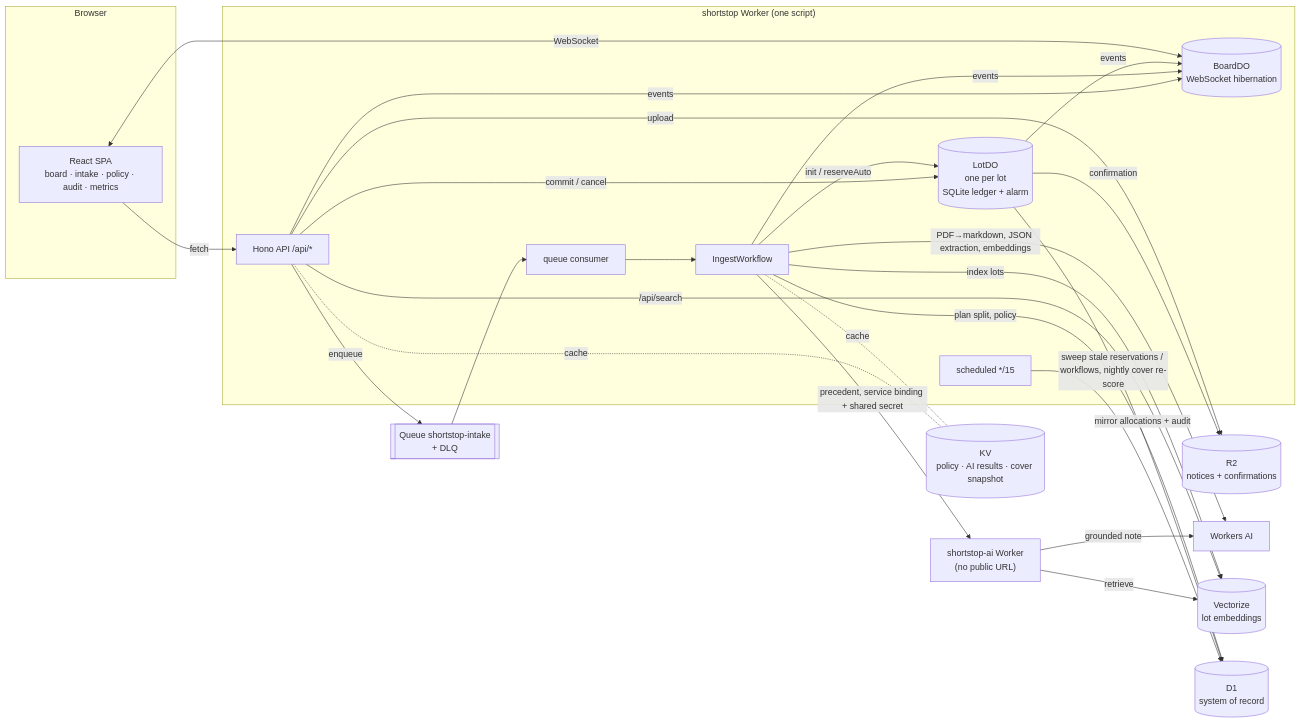
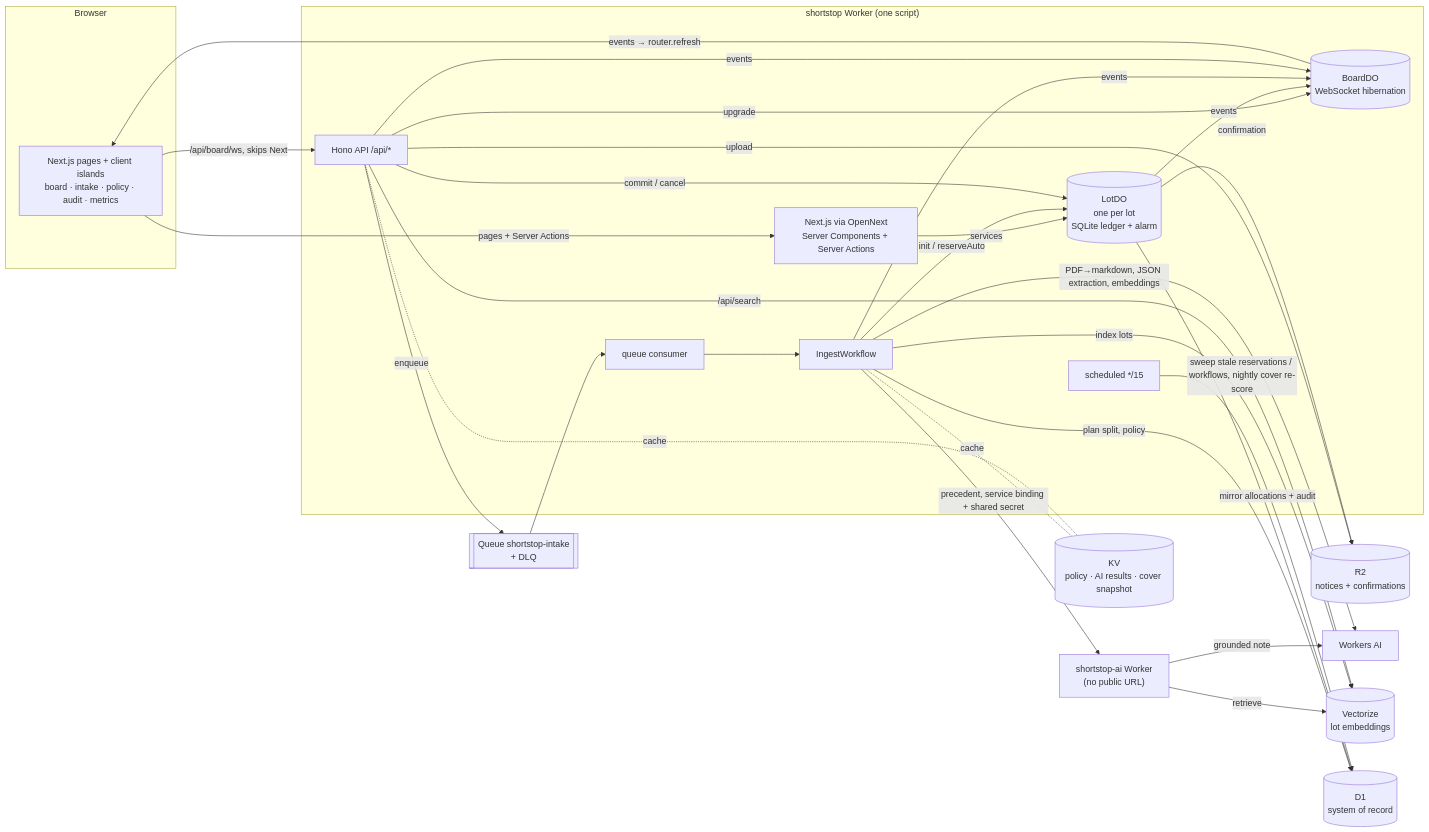
Before and after one commit to pronoy-np/shortstop: the diagram in README.md, drawn with Mermaid. The commit also changed other lines of this file and 62 other files, not shown here.

First line of the commit message:
Next.js in apps/worker on OpenNext (PR B)

````diff
--- a/README.md
+++ b/README.md
@@ -27,33 +27,37 @@
 ```mermaid
 flowchart LR
   subgraph Browser
-    UI[React SPA<br/>board · intake · policy · audit · metrics]
+    UI[Next.js pages + client islands<br/>board · intake · policy · audit · metrics]
   end
   subgraph Worker["shortstop Worker (one script)"]
+    NEXT[Next.js via OpenNext<br/>Server Components + Server Actions]
     API[Hono API /api/*]
     QC[queue consumer]
     WF[IngestWorkflow]
     CRON[scheduled */15]
     LOT[(LotDO<br/>one per lot<br/>SQLite ledger + alarm)]
     BOARD[(BoardDO<br/>WebSocket hibernation)]
   end
-  UI -- fetch --> API
-  UI <-- WebSocket --> BOARD
+  UI -- pages + Server Actions --> NEXT
+  NEXT -- services --> LOT
+  UI -- /api/board/ws, skips Next --> API
+  API -- upgrade --> BOARD
+  BOARD -- events → router.refresh --> UI
   API -- upload --> R2[(R2<br/>notices + confirmations)]
   API -- enqueue --> Q[[Queue shortstop-intake<br/>+ DLQ]]
   Q --> QC --> WF
   WF -- PDF→markdown, JSON extraction, embeddings --> AI[Workers AI]
   WF -- index lots --> VEC[(Vectorize<br/>lot embeddings)]
   API -- /api/search --> VEC
   WF -- precedent, service binding + shared secret --> RAG["shortstop-ai Worker<br/>(no public URL)"]
   RAG -- retrieve --> VEC
   RAG -- grounded note --> AI
   WF -- plan split, policy --> D1[(D1<br/>system of record)]
   WF -- init / reserveAuto --> LOT
   API -- commit / cancel --> LOT
   LOT -- mirror allocations + audit --> D1
   LOT -- confirmation --> R2
   LOT & WF & API -- events --> BOARD
   WF & API -. cache .- KV[(KV<br/>policy · AI results · cover snapshot)]
   CRON -- sweep stale reservations / workflows, nightly cover re-score --> D1
 ```
````
